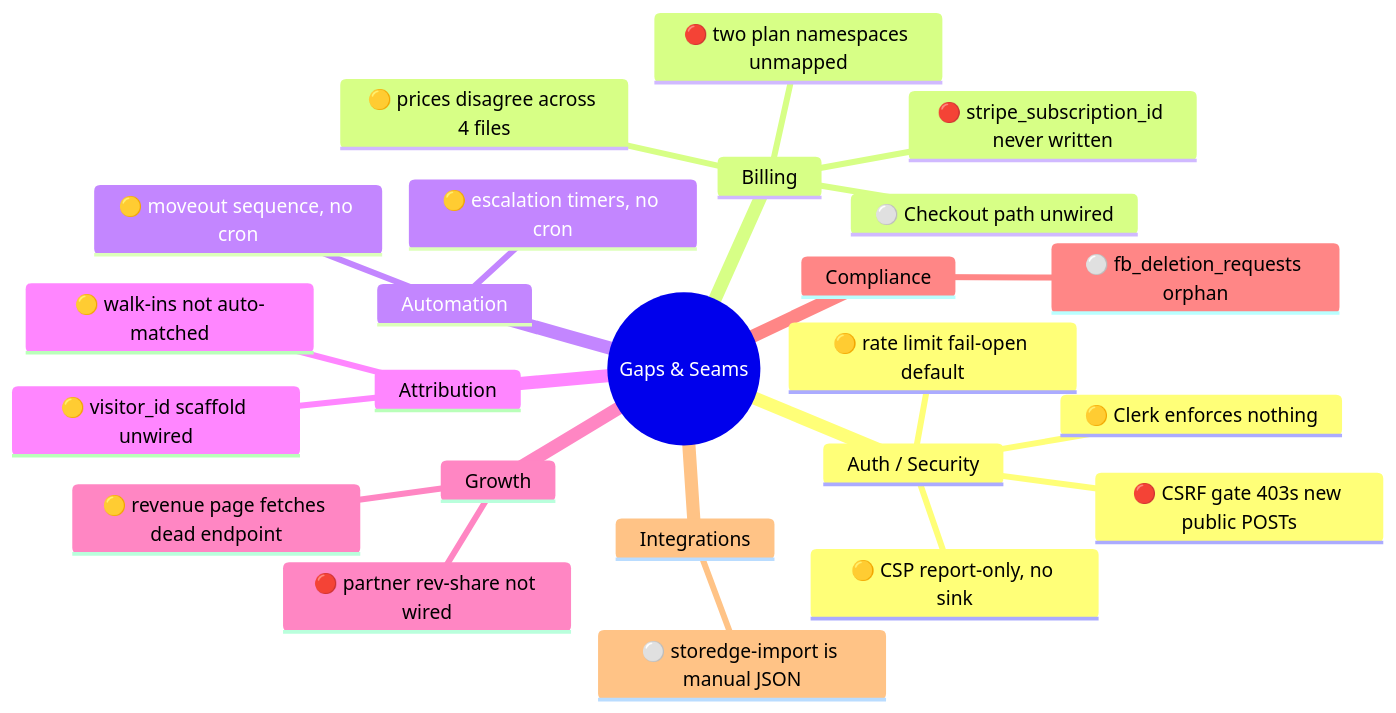
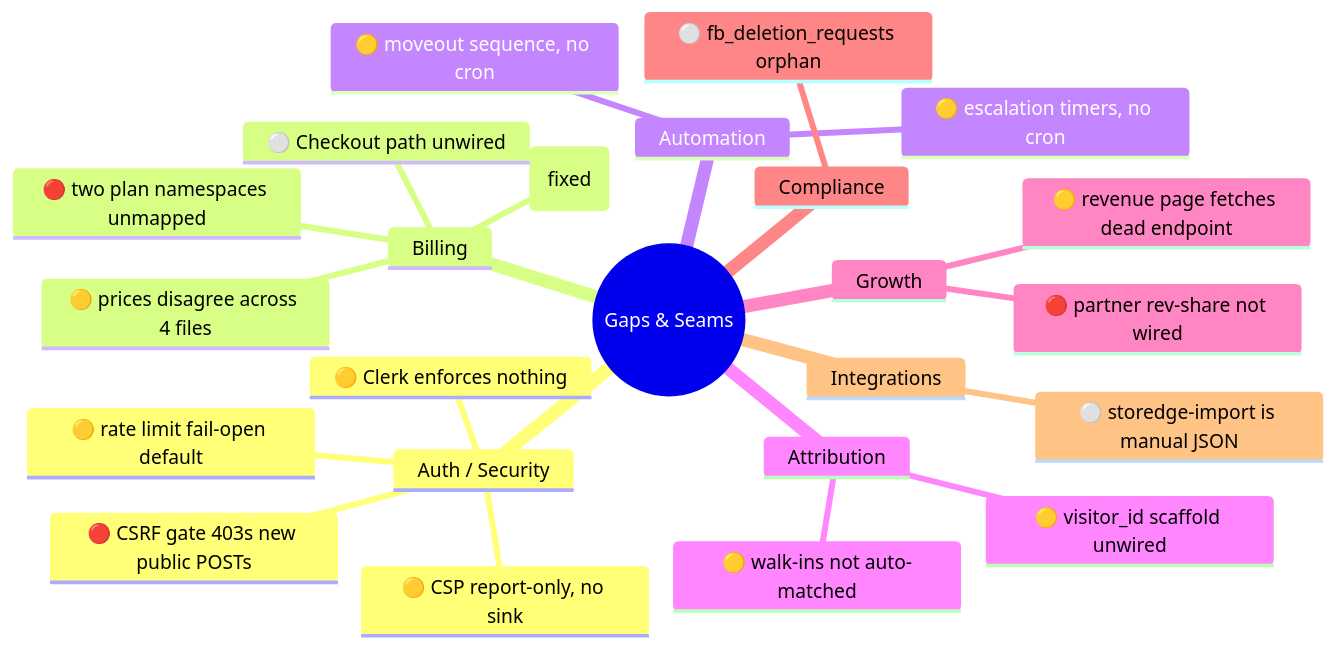
Before and after one commit to conceptsdeveloped/stowstack-next: the diagram in docs/systems/13-gaps-and-seams.md, drawn with Mermaid. The commit also changed other lines of this file and 1 other file, not shown here.

First line of the commit message:
docs(systems): mark stripe_subscription_id gap as fixed in billing + gaps maps

````diff
--- a/docs/systems/13-gaps-and-seams.md
+++ b/docs/systems/13-gaps-and-seams.md
@@ -11,27 +11,27 @@
 ```mermaid
 mindmap
   root((Gaps & Seams))
     Auth / Security
       🔴 CSRF gate 403s new public POSTs
       🟡 Clerk enforces nothing
       🟡 CSP report-only, no sink
       🟡 rate limit fail-open default
     Billing
-      🔴 stripe_subscription_id never written
+      ✅ stripe_subscription_id now persisted (fixed)
       🔴 two plan namespaces unmapped
       🟡 prices disagree across 4 files
       ⚪ Checkout path unwired
     Automation
       🟡 escalation timers, no cron
       🟡 moveout sequence, no cron
     Attribution
       🟡 visitor_id scaffold unwired
       🟡 walk-ins not auto-matched
     Growth
       🔴 partner rev-share not wired
       🟡 revenue page fetches dead endpoint
     Compliance
       ⚪ fb_deletion_requests orphan
     Integrations
       ⚪ storedge-import is manual JSON
 ```
````
